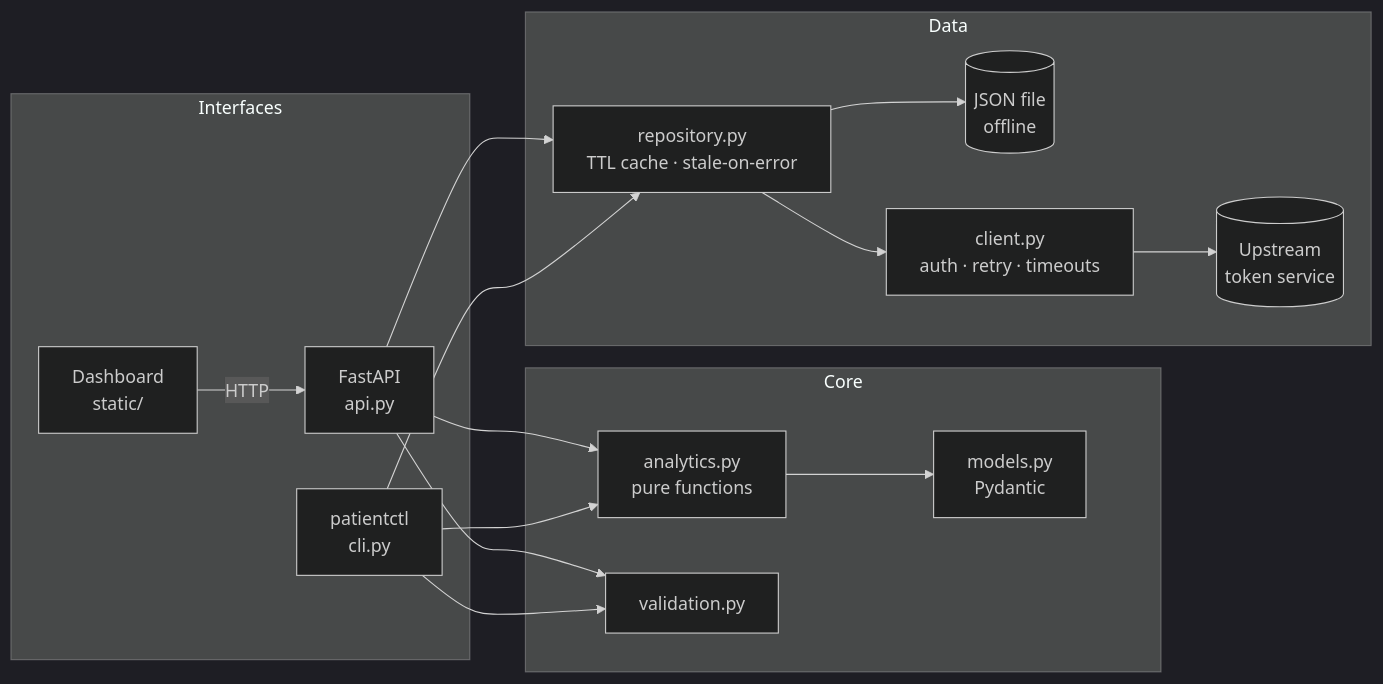
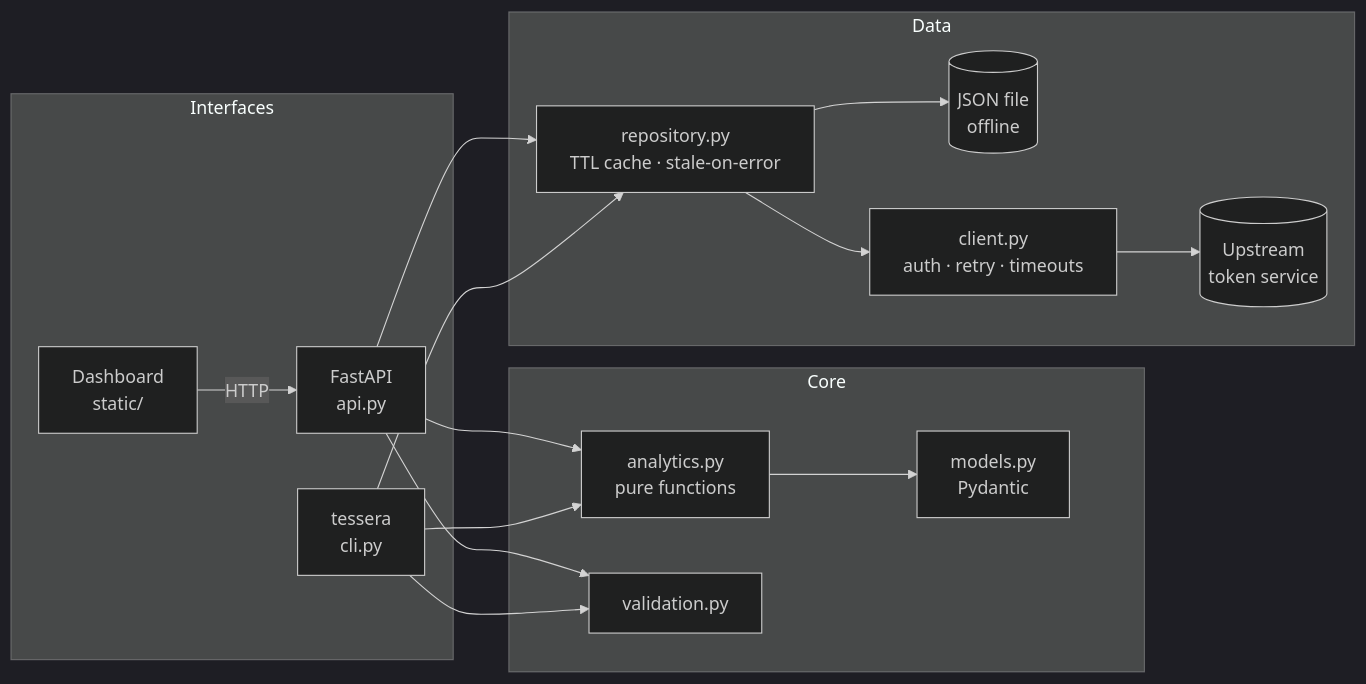
The diagram in README.md (Sandeepsrinivasan-14/tessera), drawn with Mermaid (dark theme) before and after one commit. The commit also changed other lines of this file and 44 other files, not shown here.

````diff
--- a/README.md
+++ b/README.md
@@ -65,29 +99,29 @@
 ```mermaid
 flowchart LR
     subgraph Interfaces
         UI["Dashboard<br/>static/"]
         API["FastAPI<br/>api.py"]
-        CLI["patientctl<br/>cli.py"]
+        CLI["tessera<br/>cli.py"]
     end
     subgraph Core
         AN["analytics.py<br/>pure functions"]
         VAL["validation.py"]
         MOD["models.py<br/>Pydantic"]
     end
     subgraph Data
         REPO["repository.py<br/>TTL cache · stale-on-error"]
         FILE[("JSON file<br/>offline")]
         CLIENT["client.py<br/>auth · retry · timeouts"]
         UP[("Upstream<br/>token service")]
     end
     UI -->|HTTP| API
     API --> AN
     CLI --> AN
     API --> VAL
     CLI --> VAL
     AN --> MOD
     API --> REPO
     CLI --> REPO
     REPO --> FILE
     REPO --> CLIENT --> UP
 ```
````
